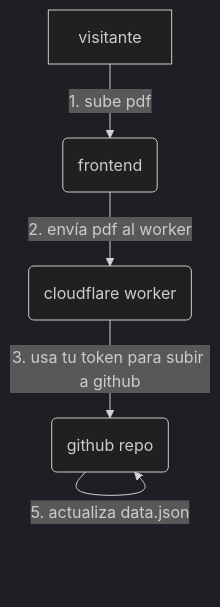
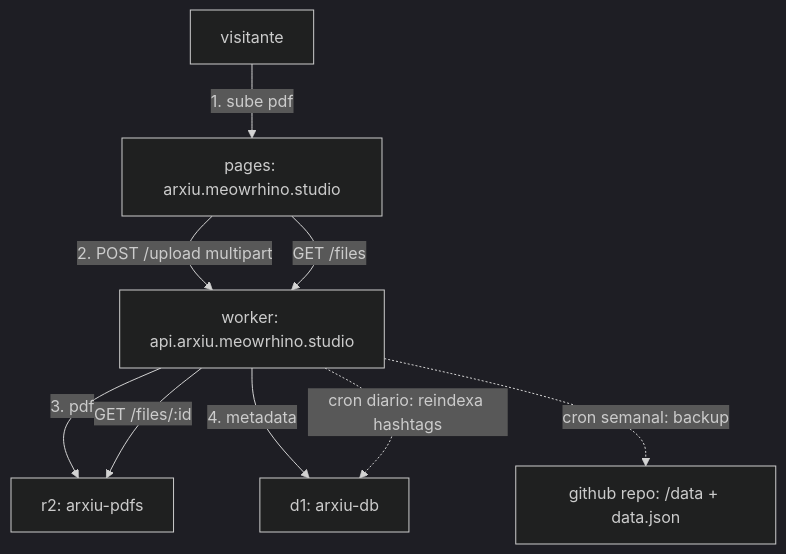
The diagram in README.md (meowrhino/arxiu), drawn with Mermaid (dark theme) before and after one commit. The commit also changed other lines of this file and 25 other files, not shown here.

First line of the commit message:
migracion a cloudflare puro: pages + worker + r2 + d1 + kv

````diff
--- a/README.md
+++ b/README.md
@@ -17,8 +22,11 @@
 ```mermaid
 graph TD
-    A[visitante] -->|1. sube pdf| B(frontend);
-    B -->|2. envía pdf al worker| C(cloudflare worker);
-    C -->|3. usa tu token para subir a github| D(github repo);
-    D -->|4. guarda pdf en /data| D;
-    D -->|5. actualiza data.json| D;
+  U[visitante] -->|1. sube pdf| F[pages: arxiu.meowrhino.studio]
+  F -->|2. POST /upload multipart| W[worker: api.arxiu.meowrhino.studio]
+  W -->|3. pdf| R[r2: arxiu-pdfs]
+  W -->|4. metadata| D[d1: arxiu-db]
+  F -->|GET /files| W
+  W -->|GET /files/:id| R
+  W -.->|cron diario: reindexa hashtags| D
+  W -.->|cron semanal: backup| G[github repo: /data + data.json]
 ```
````
